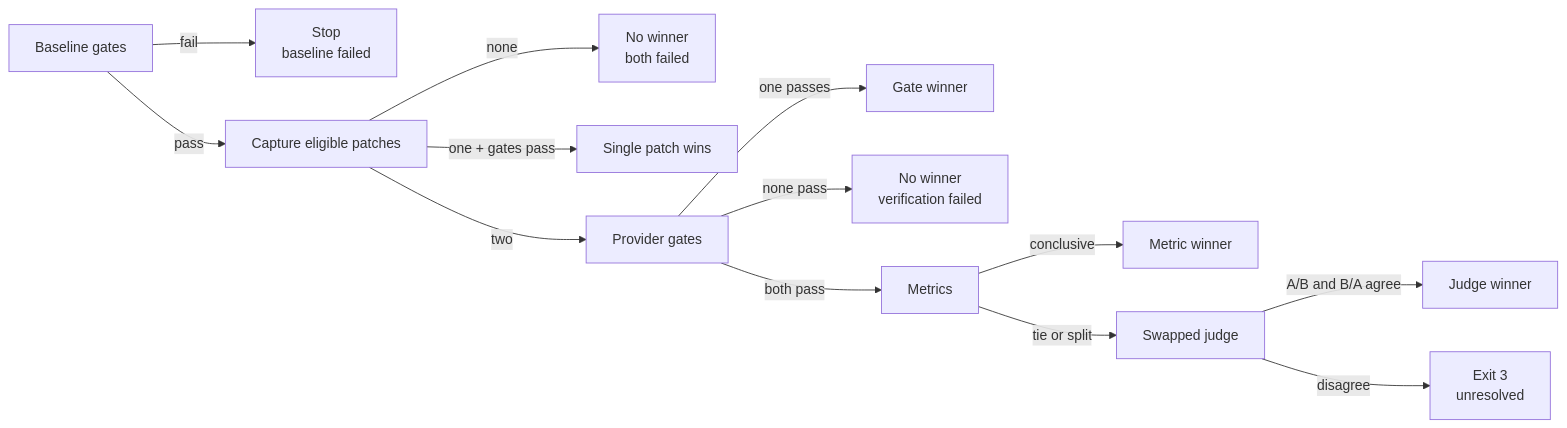
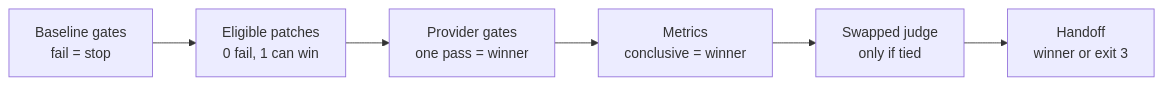
Before and after one commit to mstefanko/claude-plugins: the third of 3 diagrams in bakeoff/README.md, drawn with Mermaid. The commit also changed other lines of this file and 5 other files, not shown here.

````diff
--- a/bakeoff/README.md
+++ b/bakeoff/README.md
@@ -136,15 +125,8 @@
 ```mermaid
 flowchart LR
-    BL[Baseline gates] -->|fail| BF[Stop<br/>baseline failed]
-    BL -->|pass| CAP[Capture eligible patches]
-    CAP -->|none| NONE[No winner<br/>both failed]
-    CAP -->|one + gates pass| ONE[Single patch wins]
-    CAP -->|two| GATE[Provider gates]
-    GATE -->|one passes| GW[Gate winner]
-    GATE -->|none pass| VF[No winner<br/>verification failed]
-    GATE -->|both pass| METRIC[Metrics]
-    METRIC -->|conclusive| MW[Metric winner]
-    METRIC -->|tie or split| JUDGE[Swapped judge]
-    JUDGE -->|A/B and B/A agree| JW[Judge winner]
-    JUDGE -->|disagree| UN[Exit 3<br/>unresolved]
+    BL[Baseline gates<br/>fail = stop] --> CAP[Eligible patches<br/>0 fail, 1 can win]
+    CAP --> GATE[Provider gates<br/>one pass = winner]
+    GATE --> METRIC[Metrics<br/>conclusive = winner]
+    METRIC --> JUDGE[Swapped judge<br/>only if tied]
+    JUDGE --> OUT[Handoff<br/>winner or exit 3]
 ```
````
